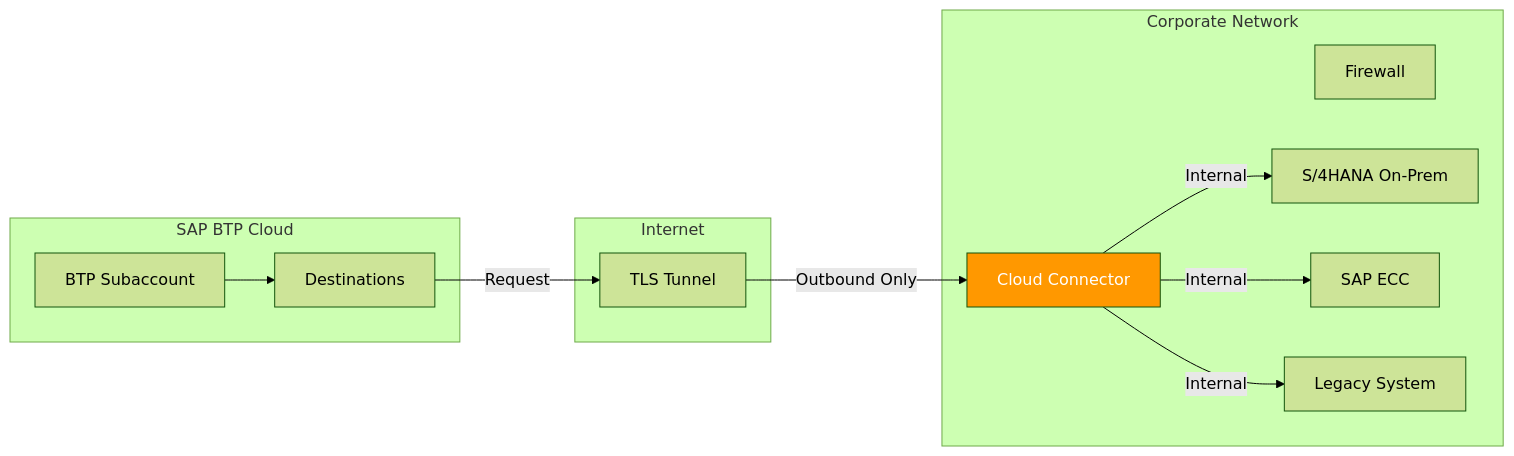
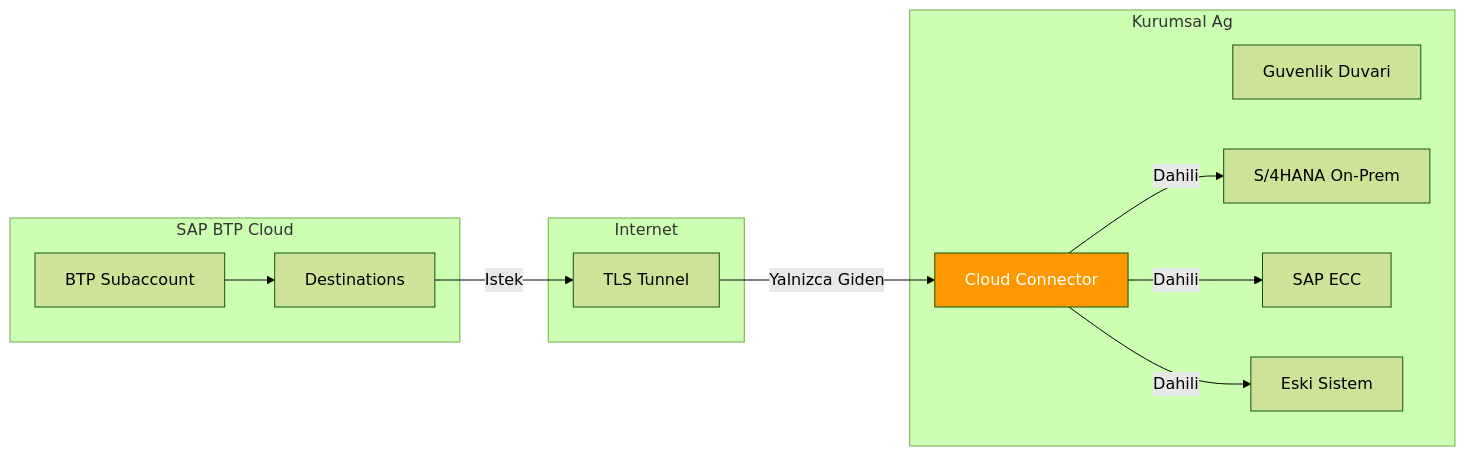
One commit to beyhanmeyrali/sap-all changed the first of 8 diagrams in Technical Tutorials/BTP/TR/chapters/16-cloud-connector.md. Above: the diagram before and after it, drawn with Mermaid (forest theme). The commit also changed other lines of this file and 11 other files, not shown here.

````diff
--- a/Technical Tutorials/BTP/TR/chapters/16-cloud-connector.md
+++ b/Technical Tutorials/BTP/TR/chapters/16-cloud-connector.md
@@ -15,28 +15,28 @@
 ```mermaid
 graph LR
     subgraph "SAP BTP Cloud"
         BTP[BTP Subaccount]
         DEST[Destinations]
     end
 
     subgraph "Internet"
         TLS[TLS Tunnel]
     end
 
-    subgraph "Corporate Network"
+    subgraph "Kurumsal Ag"
         CC[Cloud Connector]
-        FW[Firewall]
+        FW[Guvenlik Duvari]
         S4[S/4HANA On-Prem]
         ECC[SAP ECC]
-        LEGACY[Legacy System]
+        LEGACY[Eski Sistem]
     end
 
     BTP --> DEST
-    DEST --> |"Request"| TLS
-    TLS --> |"Outbound Only"| CC
-    CC --> |"Internal"| S4
-    CC --> |"Internal"| ECC
-    CC --> |"Internal"| LEGACY
+    DEST --> |"Istek"| TLS
+    TLS --> |"Yalnizca Giden"| CC
+    CC --> |"Dahili"| S4
+    CC --> |"Dahili"| ECC
+    CC --> |"Dahili"| LEGACY
 
     style CC fill:#FF9800,color:white
 ```
````
